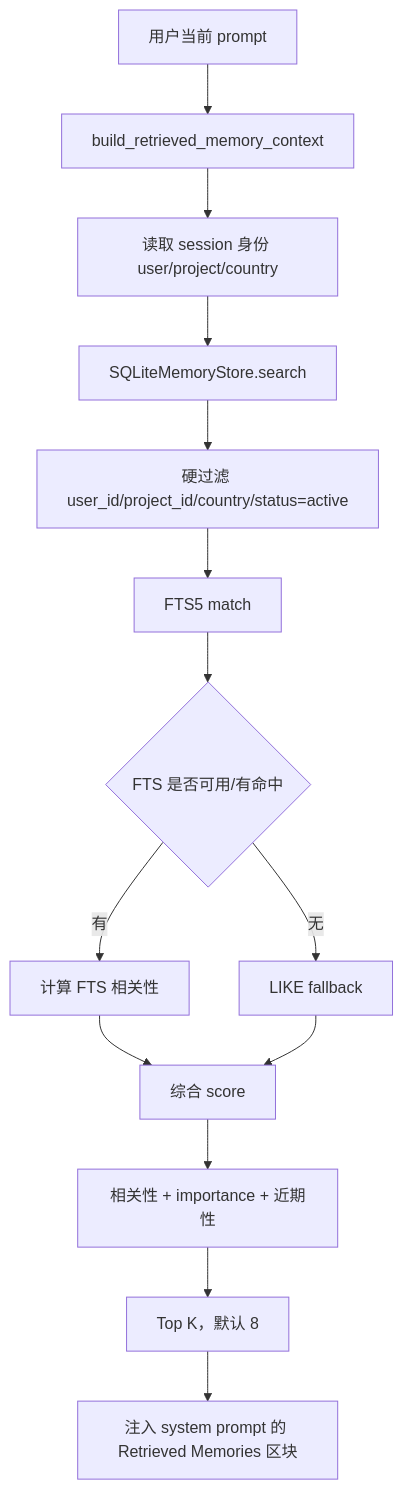
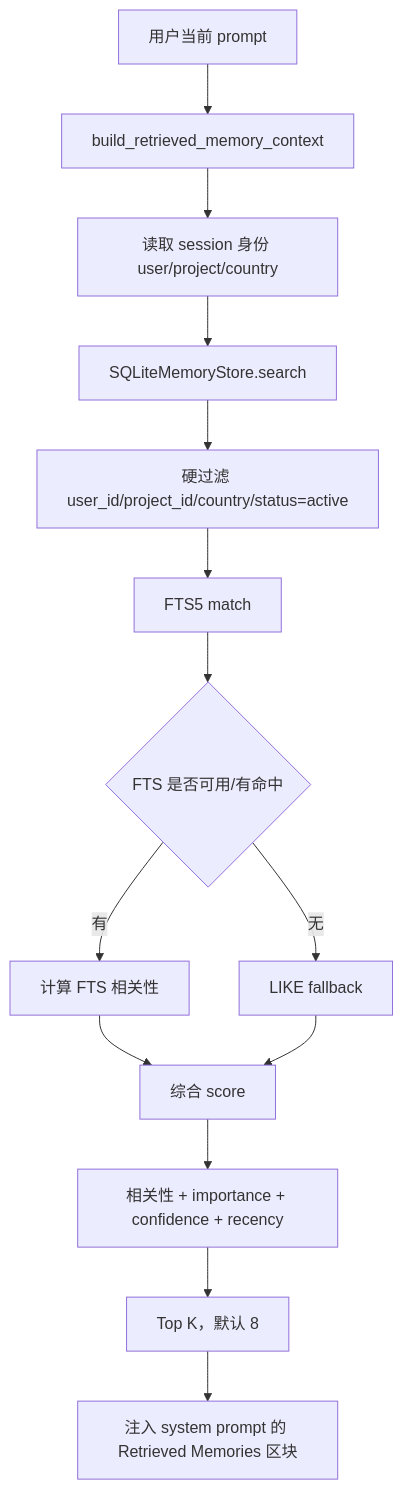
The seventh of 8 diagrams in README.md (lizheng33193/MAPS-LZ), drawn with Mermaid before and after one commit. The commit also changed other lines of this file and 25 other files, not shown here.

````diff
--- a/README.md
+++ b/README.md
@@ -562,16 +888,16 @@
 ```mermaid
 flowchart TD
   A["用户当前 prompt"] --> B["build_retrieved_memory_context"]
   B --> C["读取 session 身份 user/project/country"]
   C --> D["SQLiteMemoryStore.search"]
   D --> E["硬过滤 user_id/project_id/country/status=active"]
   E --> F["FTS5 match"]
   F --> G{"FTS 是否可用/有命中"}
   G -->|有| H["计算 FTS 相关性"]
   G -->|无| I["LIKE fallback"]
   H --> J["综合 score"]
   I --> J
-  J --> K["相关性 + importance + 近期性"]
+  J --> K["相关性 + importance + confidence + recency"]
   K --> L["Top K，默认 8"]
   L --> M["注入 system prompt 的 Retrieved Memories 区块"]
 ```
````
